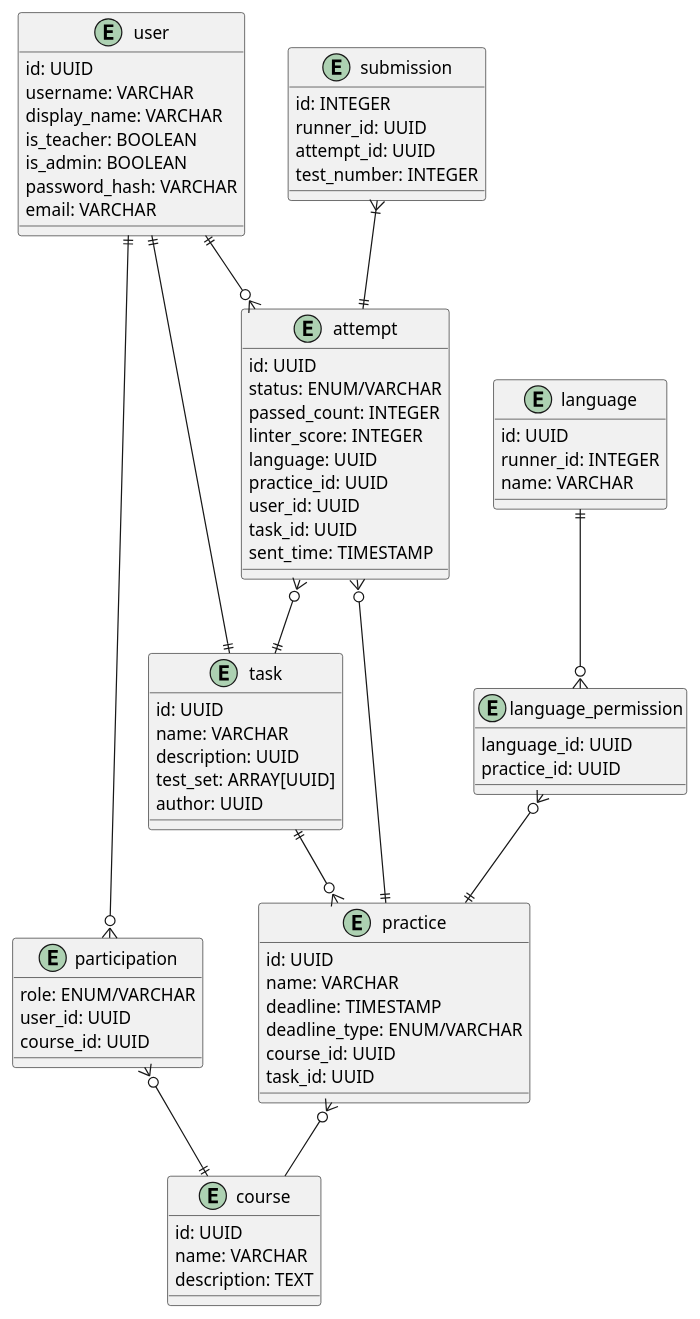
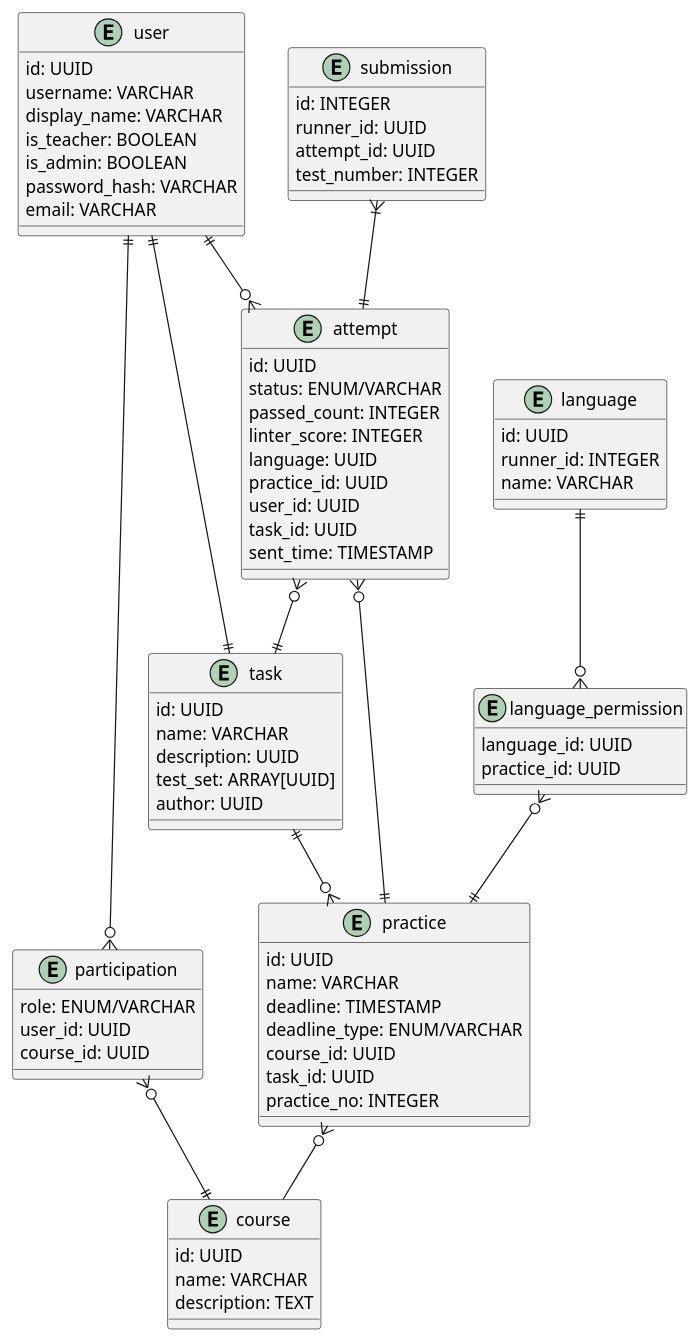
One commit to AKovalyuk/automated-lab-testing-sibfu-backend changed the diagram in doc/entity-relationship.puml. Above: the diagram before and after it, drawn with PlantUML. The commit also changed 2 other files, not shown here.

Commit message:
Add practice_no in practice schema

```diff
--- a/doc/entity-relationship.puml
+++ b/doc/entity-relationship.puml
@@ -1,84 +1,85 @@
 @startuml
 
 entity user {
     id: UUID
     username: VARCHAR
     display_name: VARCHAR
     is_teacher: BOOLEAN
     is_admin: BOOLEAN
     password_hash: VARCHAR
     email: VARCHAR
 }
 
 entity participation {
     role: ENUM/VARCHAR
     user_id: UUID
     course_id: UUID
 }
 
 entity course {
     id: UUID
     name: VARCHAR
     description: TEXT
 }
 
 entity task {
     id: UUID
     name: VARCHAR
     description: UUID
     test_set: ARRAY[UUID]
     author: UUID
 }
 
 entity practice {
     id: UUID
     name: VARCHAR
     deadline: TIMESTAMP
     deadline_type: ENUM/VARCHAR
     course_id: UUID
     task_id: UUID
+    practice_no: INTEGER
 }
 
 entity attempt {
     id: UUID
     status: ENUM/VARCHAR
     passed_count: INTEGER
     linter_score: INTEGER
     language: UUID
     practice_id: UUID
     user_id: UUID
     task_id: UUID
     sent_time: TIMESTAMP
 }
 
 entity submission {
     id: INTEGER
     runner_id: UUID
     attempt_id: UUID
     test_number: INTEGER
 }
 
 entity language {
     id: UUID
     runner_id: INTEGER
     name: VARCHAR
 }
 
 entity language_permission {
     language_id: UUID
     practice_id: UUID
 }
 
 user ||--o{ attempt
 attempt }o--|| task
 attempt }o--|| practice
 user ||--o{ participation
 participation }o--|| course
 practice }o-- course
 user ||--|| task
 language ||--o{ language_permission
 language_permission }o--|| practice
 task ||--o{ practice
 submission }|--|| attempt
 
 @enduml
```
